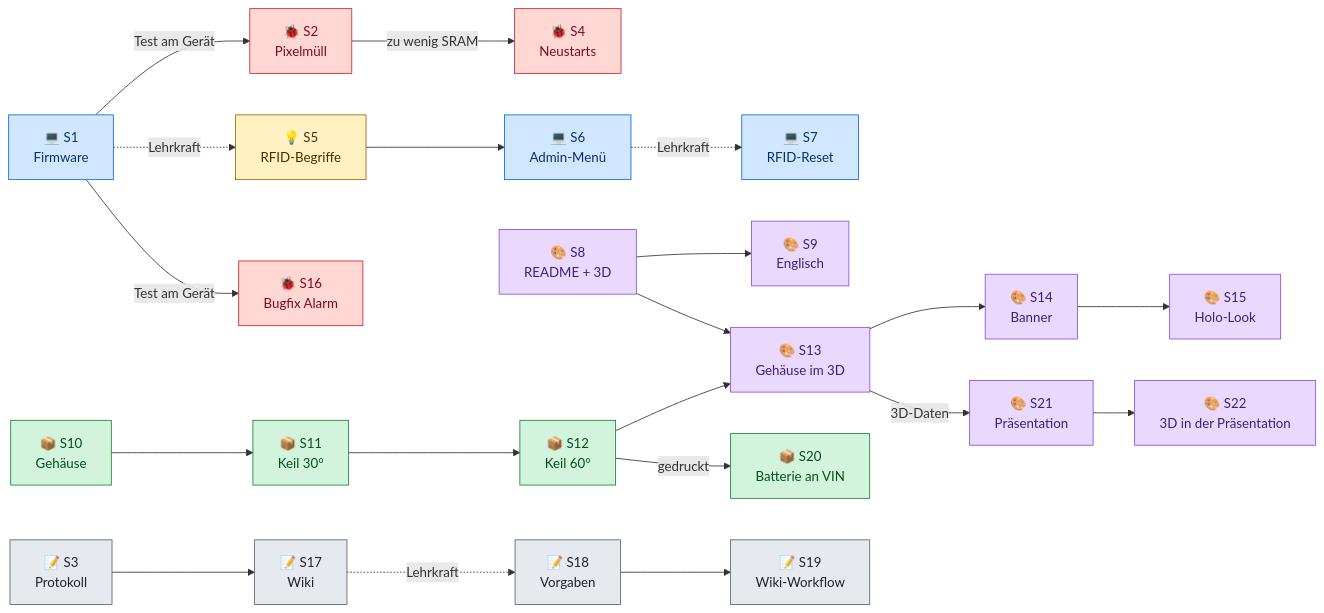
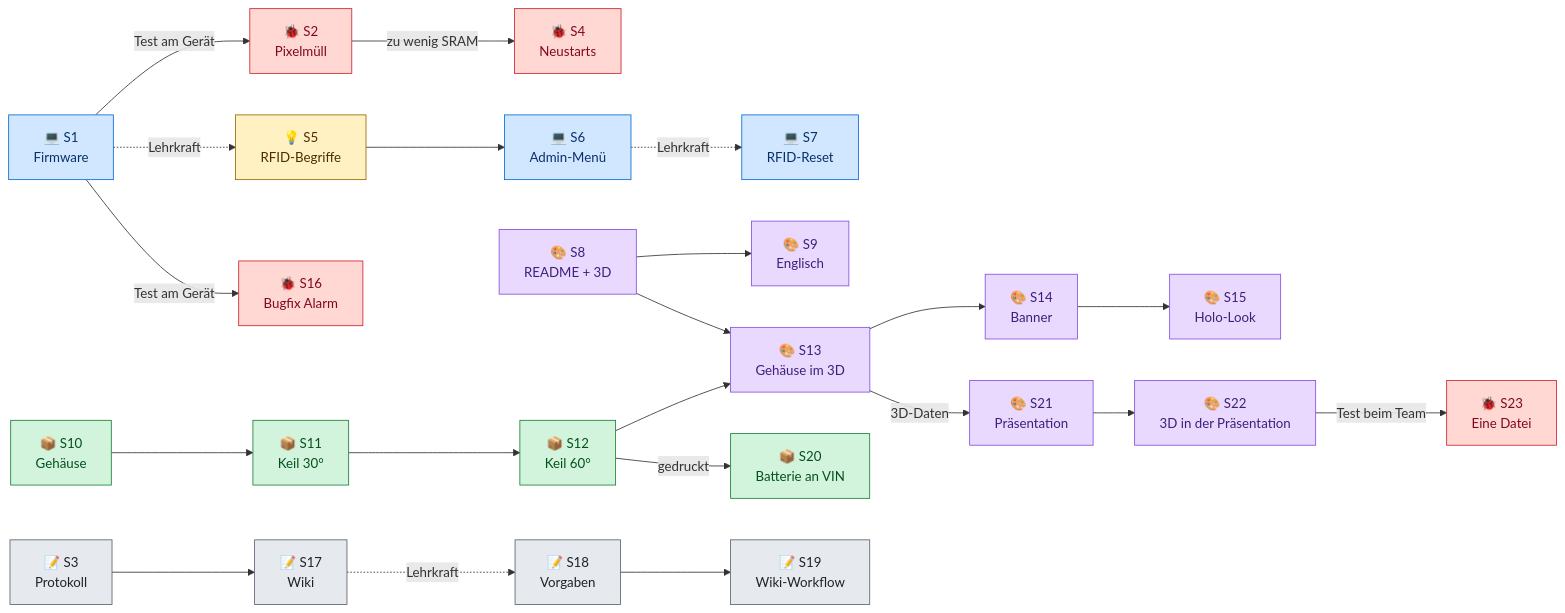
The second of 3 diagrams in wiki/Entwicklungsverlauf.md (BBZ-AIFS51/LF7-Projekt_GAS), drawn with Mermaid before and after one commit. The commit also changed other lines of this file and 6 other files, not shown here.

````diff
--- a/wiki/Entwicklungsverlauf.md
+++ b/wiki/Entwicklungsverlauf.md
@@ -63,52 +64,53 @@
 ```mermaid
 flowchart LR
     P1["💻 S1<br/>Firmware"]
     P2["🐞 S2<br/>Pixelmüll"]
     P3["📝 S3<br/>Protokoll"]
     P4["🐞 S4<br/>Neustarts"]
     P5["💡 S5<br/>RFID-Begriffe"]
     P6["💻 S6<br/>Admin-Menü"]
     P7["💻 S7<br/>RFID-Reset"]
     P8["🎨 S8<br/>README + 3D"]
     P9["🎨 S9<br/>Englisch"]
     P10["📦 S10<br/>Gehäuse"]
     P11["📦 S11<br/>Keil 30°"]
     P12["📦 S12<br/>Keil 60°"]
     P13["🎨 S13<br/>Gehäuse im 3D"]
     P14["🎨 S14<br/>Banner"]
     P15["🎨 S15<br/>Holo-Look"]
     P16["🐞 S16<br/>Bugfix Alarm"]
     P17["📝 S17<br/>Wiki"]
     P18["📝 S18<br/>Vorgaben"]
     P19["📝 S19<br/>Wiki-Workflow"]
     P20["📦 S20<br/>Batterie an VIN"]
     P21["🎨 S21<br/>Präsentation"]
     P22["🎨 S22<br/>3D in der Präsentation"]
+    P23["🐞 S23<br/>Eine Datei"]
 
     P1 -- "Test am Gerät" --> P2 -- "zu wenig SRAM" --> P4
     P1 -. "Lehrkraft" .-> P5 --> P6
     P6 -. "Lehrkraft" .-> P7
     P1 -- "Test am Gerät" --> P16
     P8 --> P9
     P8 --> P13
     P10 --> P11 --> P12 --> P13
     P12 -- "gedruckt" --> P20
     P13 --> P14 --> P15
-    P13 -- "3D-Daten" --> P21 --> P22
+    P13 -- "3D-Daten" --> P21 --> P22 -- "Test beim Team" --> P23
     P3 --> P17
     P17 -. "Lehrkraft" .-> P18
     P18 --> P19
 
     classDef fw fill:#d0e7ff,stroke:#0969da,color:#0a3069
     classDef bug fill:#ffd8d3,stroke:#cf222e,color:#82071e
     classDef info fill:#fff1c2,stroke:#9a6700,color:#4d2d00
     classDef vis fill:#ead9ff,stroke:#8250df,color:#3e1f79
     classDef box fill:#d2f4dc,stroke:#1a7f37,color:#044f1e
     classDef doc fill:#e6e9ed,stroke:#59636e,color:#1f2328
     class P1,P6,P7 fw
-    class P2,P4,P16 bug
+    class P2,P4,P16,P23 bug
     class P5 info
     class P8,P9,P13,P14,P15,P21,P22 vis
     class P10,P11,P12,P20 box
     class P3,P17,P18,P19 doc
 ```
````
